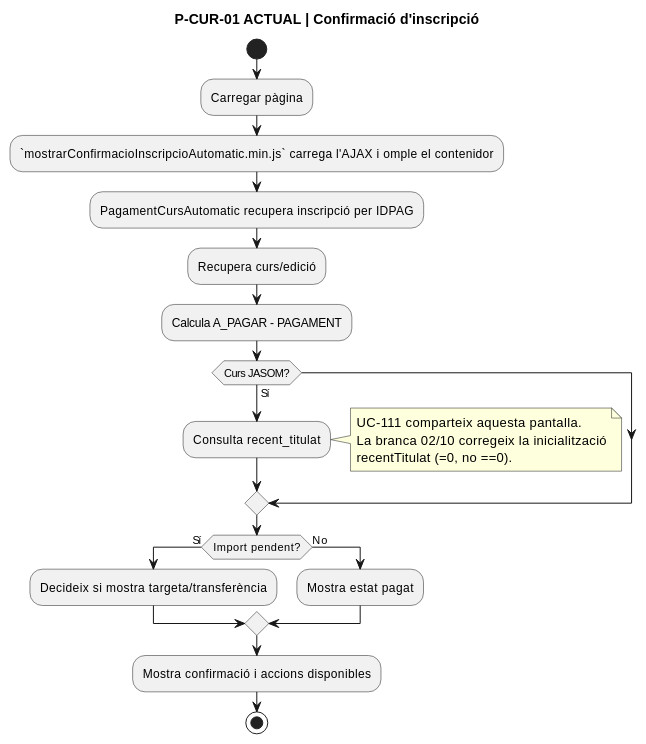
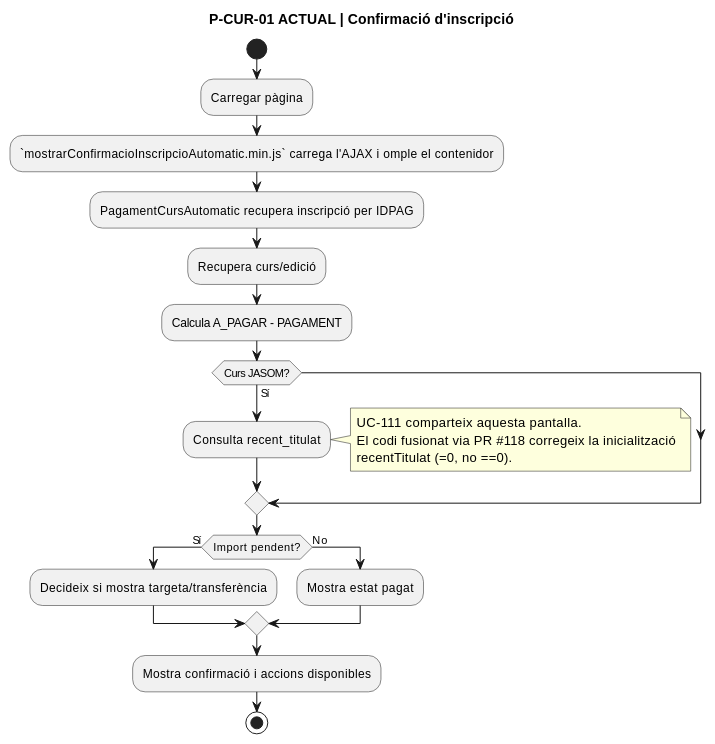
The first of 15 diagrams in documentacio/07-uml-integrat/uc-014-activitats-pagines-redsys-actual-final.md (orgmeriemprismacat-del/verifactu), drawn with PlantUML before and after one commit. The commit also changed other lines of this file, not shown here.

Commit message:
docs(UC-014): reconciliar estat fusionat i CI post-merge

````diff
--- a/documentacio/07-uml-integrat/uc-014-activitats-pagines-redsys-actual-final.md
+++ b/documentacio/07-uml-integrat/uc-014-activitats-pagines-redsys-actual-final.md
@@ -21,26 +21,26 @@
 ```plantuml
 @startuml
 title P-CUR-01 ACTUAL | Confirmació d'inscripció
 start
 :Carregar pàgina;
 :`mostrarConfirmacioInscripcioAutomatic.min.js` carrega l'AJAX i omple el contenidor;
 :PagamentCursAutomatic recupera inscripció per IDPAG;
 :Recupera curs/edició;
 :Calcula A_PAGAR - PAGAMENT;
 if (Curs JASOM?) then (Sí)
   :Consulta recent_titulat;
   note right
     UC-111 comparteix aquesta pantalla.
-    La branca 02/10 corregeix la inicialització
+    El codi fusionat via PR #118 corregeix la inicialització
     recentTitulat (=0, no ==0).
   end note
 endif
 if (Import pendent?) then (Sí)
   :Decideix si mostra targeta/transferència;
 else (No)
   :Mostra estat pagat;
 endif
 :Mostra confirmació i accions disponibles;
 stop
 @enduml
 ```
````
